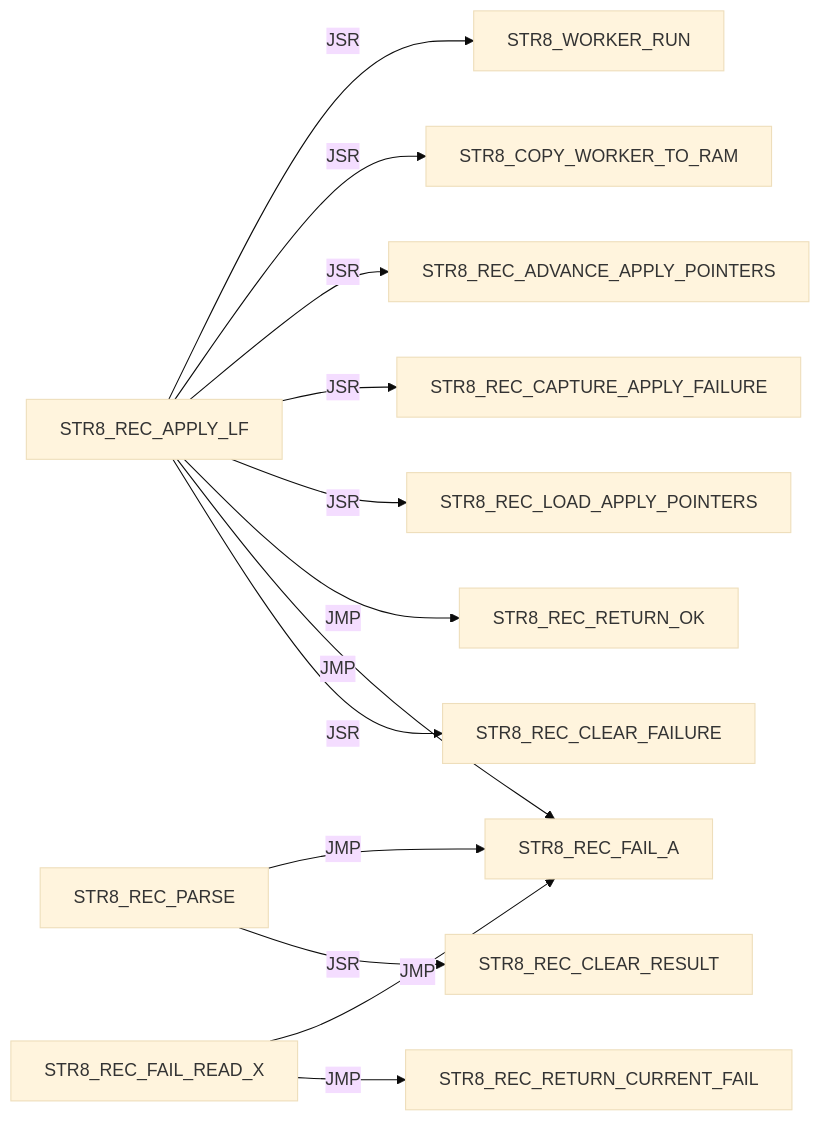
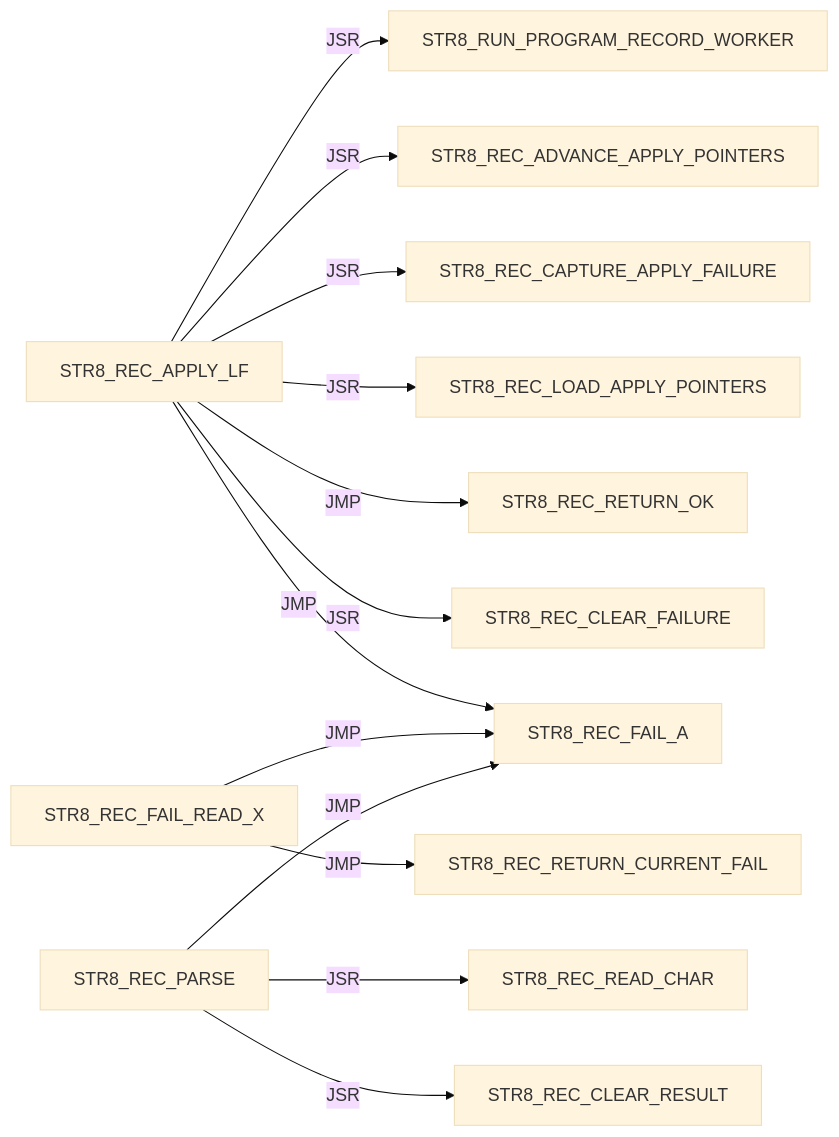
Before and after one commit to 95westus/R-YORS: diagram 24 of 41 in DOC/GUIDES/STR8/STR8_EDGE_DUMP.md, drawn with Mermaid (base theme). The commit also changed other lines of this file and 40 other files, not shown here.

````diff
--- a/DOC/GUIDES/STR8/STR8_EDGE_DUMP.md
+++ b/DOC/GUIDES/STR8/STR8_EDGE_DUMP.md
@@ -264,15 +319,15 @@
 ```mermaid
 flowchart LR
     N0["STR8_REC_APPLY_LF"] -->|JSR| N1["STR8_REC_CLEAR_FAILURE"]
     N0["STR8_REC_APPLY_LF"] -->|JMP| N2["STR8_REC_FAIL_A"]
     N0["STR8_REC_APPLY_LF"] -->|JMP| N3["STR8_REC_RETURN_OK"]
     N0["STR8_REC_APPLY_LF"] -->|JSR| N4["STR8_REC_LOAD_APPLY_POINTERS"]
     N0["STR8_REC_APPLY_LF"] -->|JSR| N5["STR8_REC_CAPTURE_APPLY_FAILURE"]
     N0["STR8_REC_APPLY_LF"] -->|JSR| N6["STR8_REC_ADVANCE_APPLY_POINTERS"]
-    N0["STR8_REC_APPLY_LF"] -->|JSR| N7["STR8_COPY_WORKER_TO_RAM"]
-    N0["STR8_REC_APPLY_LF"] -->|JSR| N8["STR8_WORKER_RUN"]
-    N9["STR8_REC_FAIL_READ_X"] -->|JMP| N10["STR8_REC_RETURN_CURRENT_FAIL"]
-    N9["STR8_REC_FAIL_READ_X"] -->|JMP| N2["STR8_REC_FAIL_A"]
-    N11["STR8_REC_PARSE"] -->|JSR| N12["STR8_REC_CLEAR_RESULT"]
-    N11["STR8_REC_PARSE"] -->|JMP| N2["STR8_REC_FAIL_A"]
+    N0["STR8_REC_APPLY_LF"] -->|JSR| N7["STR8_RUN_PROGRAM_RECORD_WORKER"]
+    N8["STR8_REC_FAIL_READ_X"] -->|JMP| N9["STR8_REC_RETURN_CURRENT_FAIL"]
+    N8["STR8_REC_FAIL_READ_X"] -->|JMP| N2["STR8_REC_FAIL_A"]
+    N10["STR8_REC_PARSE"] -->|JSR| N11["STR8_REC_CLEAR_RESULT"]
+    N10["STR8_REC_PARSE"] -->|JMP| N2["STR8_REC_FAIL_A"]
+    N10["STR8_REC_PARSE"] -->|JSR| N12["STR8_REC_READ_CHAR"]
 ```
````
